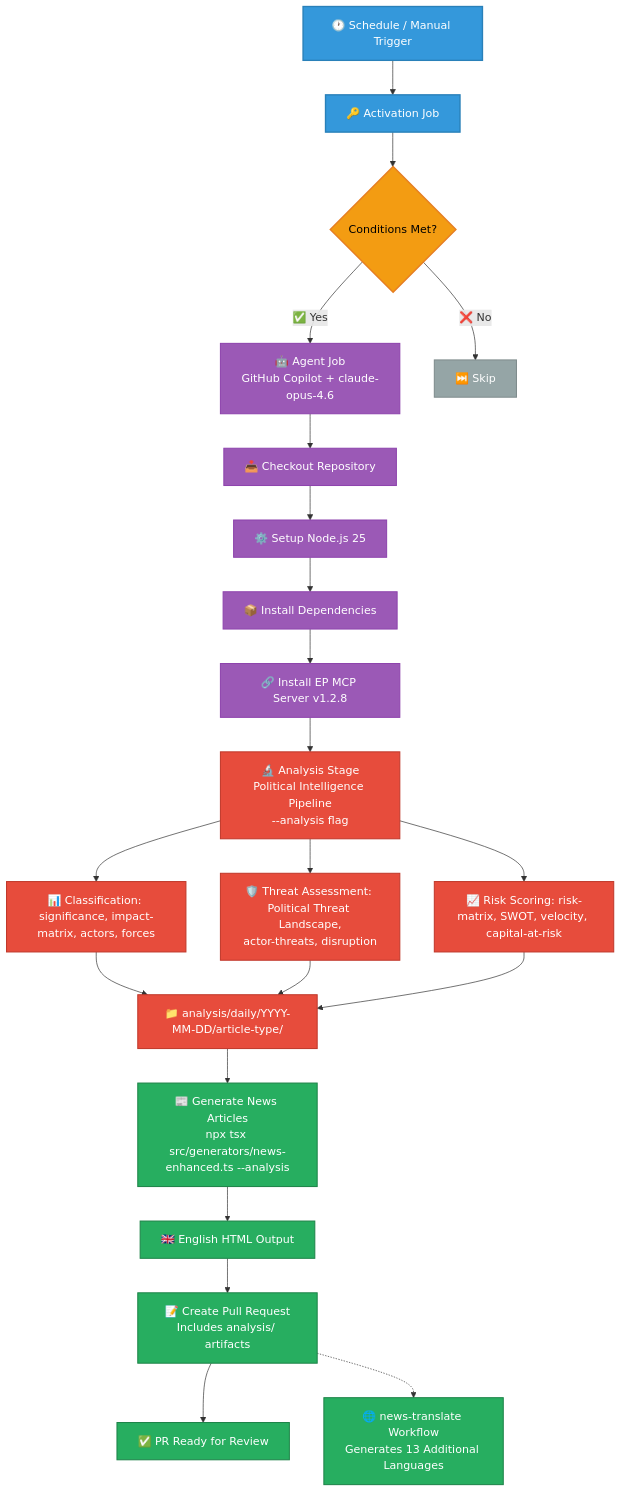
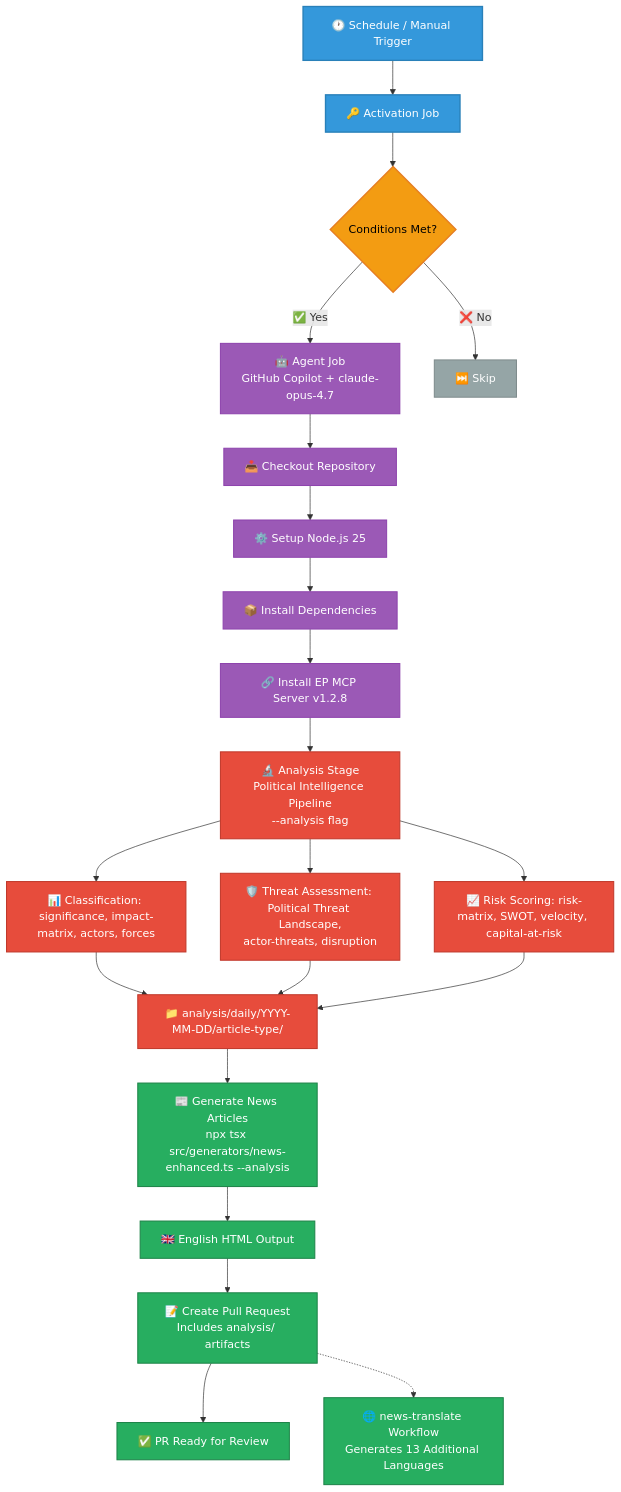
The third of 21 diagrams in WORKFLOWS.md (Hack23/euparliamentmonitor), drawn with Mermaid before and after one commit. The commit also changed other lines of this file and 50 other files, not shown here.

First line of the commit message:
chore: upgrade all agentic workflows from Claude Opus 4.6 to 4.7

````diff
--- a/WORKFLOWS.md
+++ b/WORKFLOWS.md
@@ -246,37 +246,37 @@
 ```mermaid
 graph TD
     A[🕐 Schedule / Manual Trigger] --> B[🔑 Activation Job]
     B --> C{Conditions Met?}
-    C -->|✅ Yes| D[🤖 Agent Job<br/>GitHub Copilot + claude-opus-4.6]
+    C -->|✅ Yes| D[🤖 Agent Job<br/>GitHub Copilot + claude-opus-4.7]
     C -->|❌ No| E[⏭️ Skip]
     D --> F[📥 Checkout Repository]
     F --> G[⚙️ Setup Node.js 25]
     G --> H[📦 Install Dependencies]
     H --> I[🔗 Install EP MCP Server v1.2.8]
     I --> J1[🔬 Analysis Stage<br/>Political Intelligence Pipeline<br/>--analysis flag]
     J1 --> J1a[📊 Classification: significance, impact-matrix, actors, forces]
     J1 --> J1b[🛡️ Threat Assessment: Political Threat Landscape,<br/>actor-threats, disruption]
     J1 --> J1c[📈 Risk Scoring: risk-matrix, SWOT, velocity, capital-at-risk]
     J1a --> J1d["📁 analysis/daily/YYYY-MM-DD/article-type/"]
     J1b --> J1d
     J1c --> J1d
     J1d --> J[📰 Generate News Articles<br/>npx tsx src/generators/news-enhanced.ts --analysis]
     J --> K[🇬🇧 English HTML Output]
     K --> L[📝 Create Pull Request<br/>Includes analysis/ artifacts]
     L --> M[✅ PR Ready for Review]
     L -.-> N[🌐 news-translate Workflow<br/>Generates 13 Additional Languages]
 
     classDef trigger fill:#3498db,stroke:#2980b9,stroke-width:2px,color:white
     classDef process fill:#9b59b6,stroke:#8e44ad,stroke-width:1.5px,color:white
     classDef decision fill:#f39c12,stroke:#e67e22,stroke-width:2px,color:black
     classDef skip fill:#95a5a6,stroke:#7f8c8d,stroke-width:1.5px,color:white
     classDef analysis fill:#e74c3c,stroke:#c0392b,stroke-width:1.5px,color:white
     classDef output fill:#27ae60,stroke:#1e8449,stroke-width:1.5px,color:white
 
     class A,B trigger
     class D,F,G,H,I process
     class C decision
     class E skip
     class J1,J1a,J1b,J1c,J1d analysis
     class J,K,L,M,N output
 ```
````
